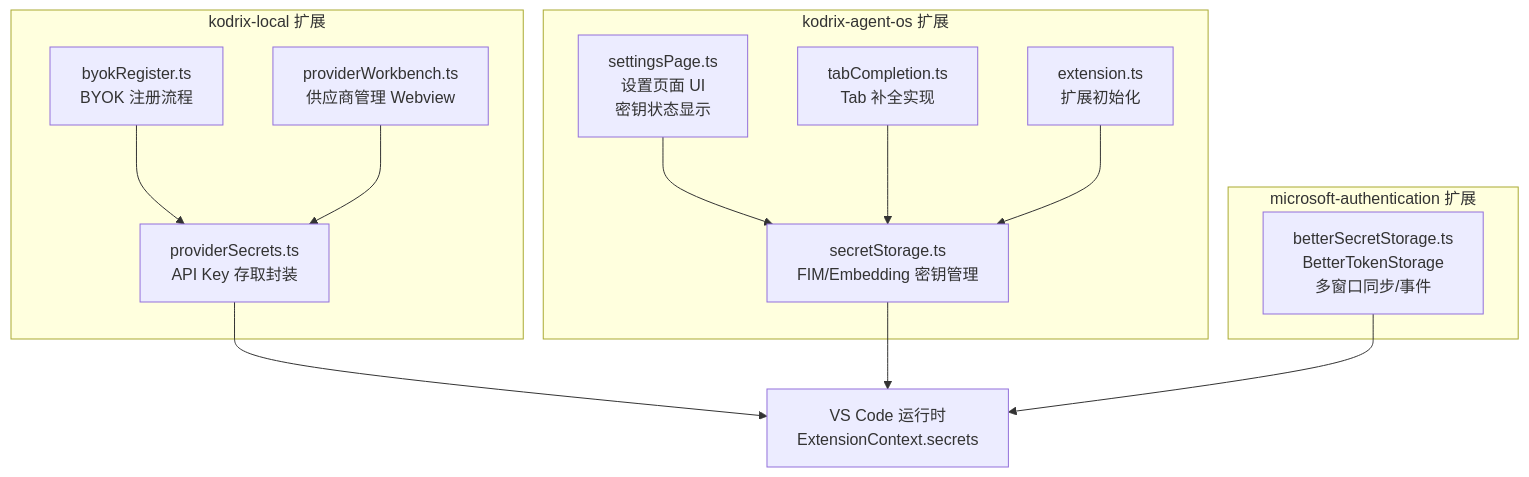
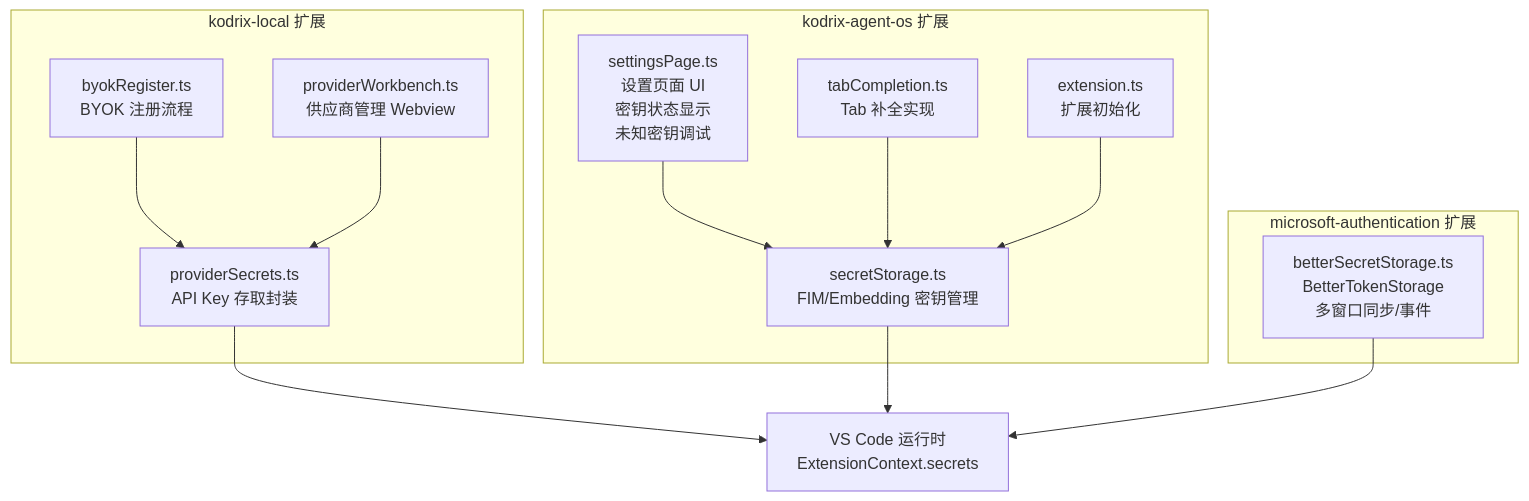
The first of 11 diagrams in .qoder/repowiki/zh/content/本地集成/模型供应商管理/凭据安全管理.md (sofate798/KodrixCode), drawn with Mermaid before and after one commit. The commit also changed other lines of this file and 12 other files, not shown here.

````diff
--- a/.qoder/repowiki/zh/content/本地集成/模型供应商管理/凭据安全管理.md
+++ b/.qoder/repowiki/zh/content/本地集成/模型供应商管理/凭据安全管理.md
@@ -46,26 +47,26 @@
 ```mermaid
 graph TB
 subgraph "kodrix-local 扩展"
 PS["providerSecrets.ts<br/>API Key 存取封装"]
 BR["byokRegister.ts<br/>BYOK 注册流程"]
 PW["providerWorkbench.ts<br/>供应商管理 Webview"]
 end
 subgraph "kodrix-agent-os 扩展"
 SS["secretStorage.ts<br/>FIM/Embedding 密钥管理"]
-SP["settingsPage.ts<br/>设置页面 UI<br/>密钥状态显示"]
+SP["settingsPage.ts<br/>设置页面 UI<br/>密钥状态显示<br/>未知密钥调试"]
 TC["tabCompletion.ts<br/>Tab 补全实现"]
 EX["extension.ts<br/>扩展初始化"]
 end
 subgraph "microsoft-authentication 扩展"
 BTS["betterSecretStorage.ts<br/>BetterTokenStorage<br/>多窗口同步/事件"]
 end
 VSCode["VS Code 运行时<br/>ExtensionContext.secrets"]
 PS --> VSCode
 BR --> PS
 PW --> PS
 SS --> VSCode
 SP --> SS
 TC --> SS
 EX --> SS
 BTS --> VSCode
 ```
````
